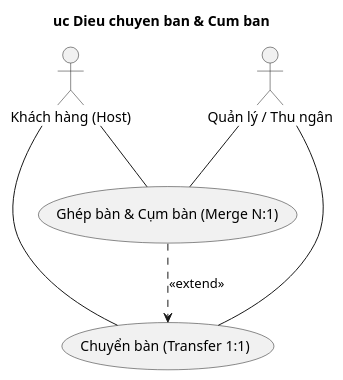
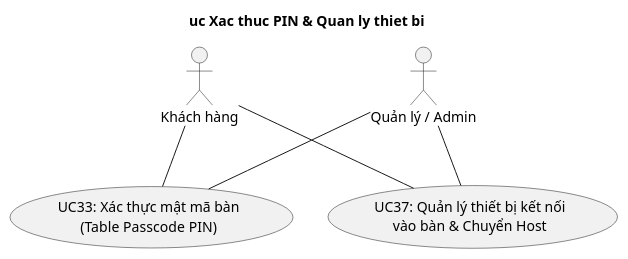
Before and after one commit to qu2nishere/HoaDiemCac-backend: the sixth of 9 diagrams in doc/DacTa_Chuong3_UseCase.md, drawn with PlantUML. The commit also changed other lines of this file and 2 other files, not shown here.

First line of the commit message:
docs(usecase): synchronize all 42 use cases with UC-new.pdf specifications

````diff
--- a/doc/DacTa_Chuong3_UseCase.md
+++ b/doc/DacTa_Chuong3_UseCase.md
@@ -290,18 +327,15 @@
 ```plantuml
-@startuml uc-chuyen-ghep-ban
-title uc Dieu chuyen ban & Cum ban
+@startuml uc-xac-thuc-thiet-bi
+title uc Xac thuc PIN & Quan ly thiet bi
+actor "Khách hàng" as KH
+actor "Quản lý / Admin" as QL
 
-actor "Khách hàng (Host)" as KH
-actor "Quản lý / Thu ngân" as QL
-
-usecase "Chuyển bàn (Transfer 1:1)" as UC33
-usecase "Ghép bàn & Cụm bàn (Merge N:1)" as UC34
+usecase "UC33: Xác thực mật mã bàn\n(Table Passcode PIN)" as UC33
+usecase "UC37: Quản lý thiết bị kết nối\nvào bàn & Chuyển Host" as UC37
 
 KH -- UC33
-KH -- UC34
+KH -- UC37
 QL -- UC33
-QL -- UC34
-
-UC34 ..> UC33 : <<extend>>
+QL -- UC37
 @enduml
 ```
````
